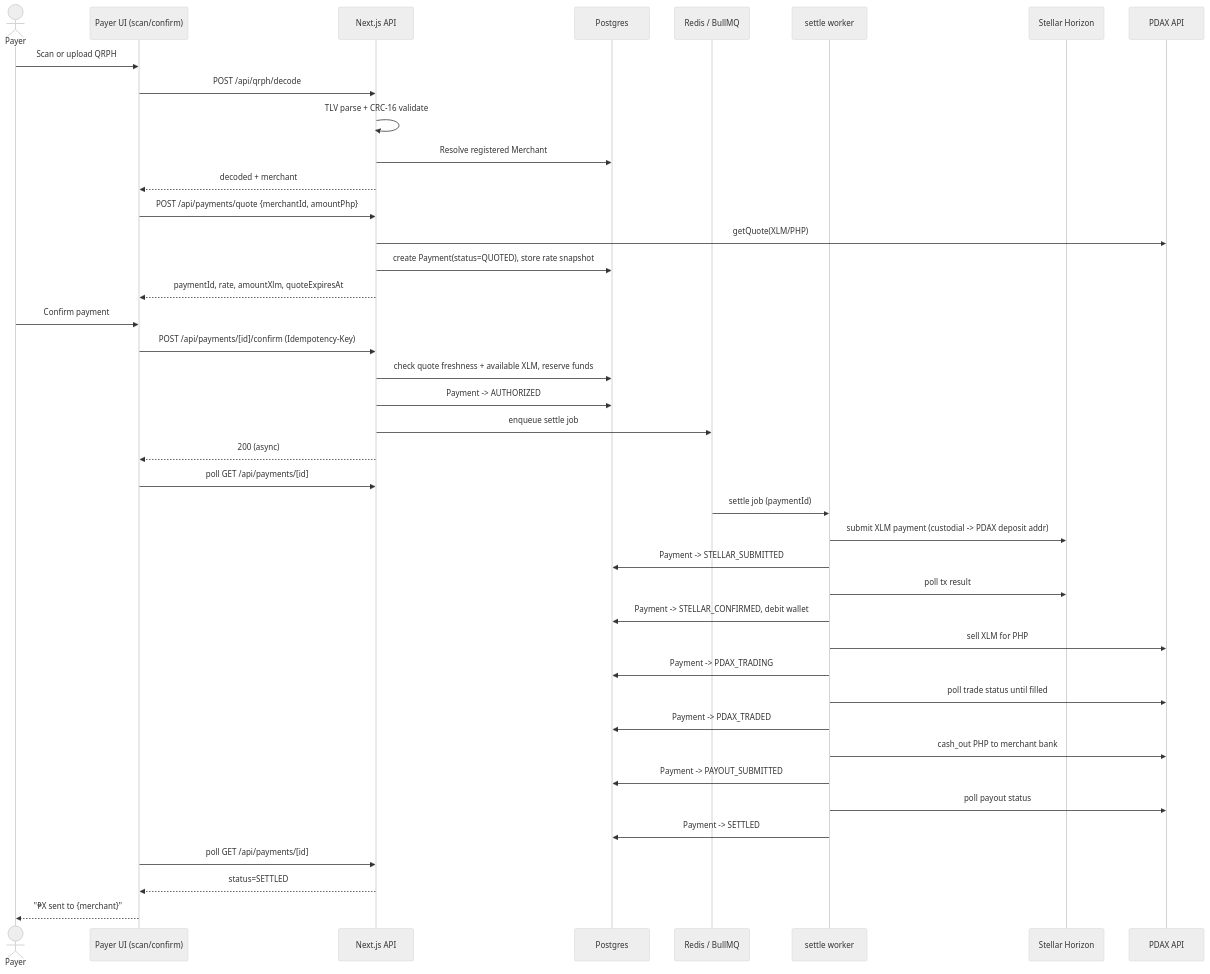
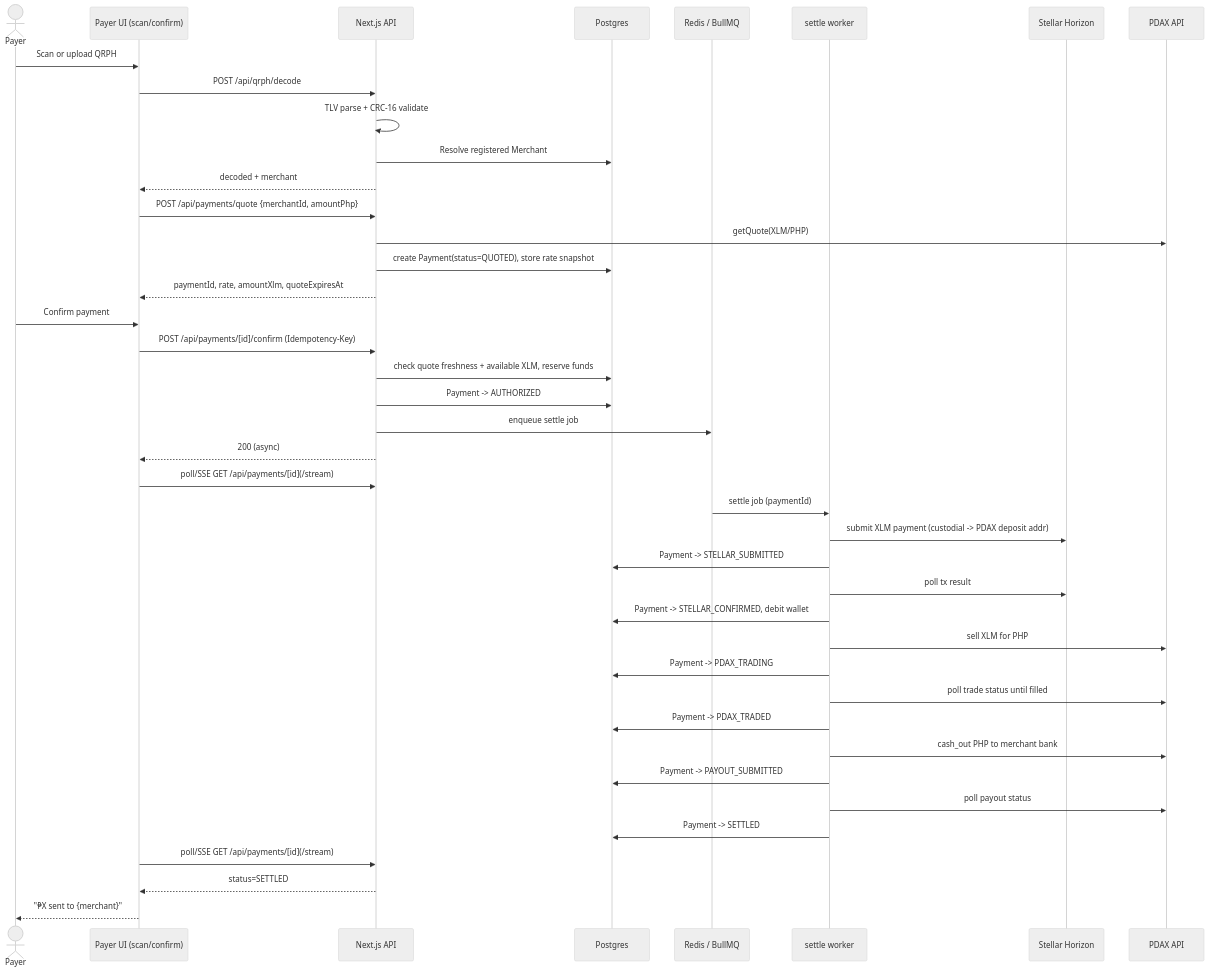
One commit to artisam-heypay/heypay changed the second of 5 diagrams in README.md. Above: the diagram before and after it, drawn with Mermaid (neutral theme). The commit also changed other lines of this file, not shown here.

````diff
--- a/README.md
+++ b/README.md
@@ -122,47 +129,47 @@
 ```mermaid
 sequenceDiagram
     actor Payer
     participant UI as Payer UI (scan/confirm)
     participant API as Next.js API
     participant DB as Postgres
     participant Queue as Redis / BullMQ
     participant Worker as settle worker
     participant Horizon as Stellar Horizon
     participant PDAX as PDAX API
 
     Payer->>UI: Scan or upload QRPH
     UI->>API: POST /api/qrph/decode
     API->>API: TLV parse + CRC-16 validate
     API->>DB: Resolve registered Merchant
     API-->>UI: decoded + merchant
 
     UI->>API: POST /api/payments/quote {merchantId, amountPhp}
     API->>PDAX: getQuote(XLM/PHP)
     API->>DB: create Payment(status=QUOTED), store rate snapshot
     API-->>UI: paymentId, rate, amountXlm, quoteExpiresAt
 
     Payer->>UI: Confirm payment
     UI->>API: POST /api/payments/[id]/confirm (Idempotency-Key)
     API->>DB: check quote freshness + available XLM, reserve funds
     API->>DB: Payment -> AUTHORIZED
     API->>Queue: enqueue settle job
     API-->>UI: 200 (async)
 
-    UI->>API: poll GET /api/payments/[id]
+    UI->>API: poll/SSE GET /api/payments/[id](/stream)
     Queue->>Worker: settle job (paymentId)
     Worker->>Horizon: submit XLM payment (custodial -> PDAX deposit addr)
     Worker->>DB: Payment -> STELLAR_SUBMITTED
     Worker->>Horizon: poll tx result
     Worker->>DB: Payment -> STELLAR_CONFIRMED, debit wallet
     Worker->>PDAX: sell XLM for PHP
     Worker->>DB: Payment -> PDAX_TRADING
     Worker->>PDAX: poll trade status until filled
     Worker->>DB: Payment -> PDAX_TRADED
     Worker->>PDAX: cash_out PHP to merchant bank
     Worker->>DB: Payment -> PAYOUT_SUBMITTED
     Worker->>PDAX: poll payout status
     Worker->>DB: Payment -> SETTLED
-    UI->>API: poll GET /api/payments/[id]
+    UI->>API: poll/SSE GET /api/payments/[id](/stream)
     API-->>UI: status=SETTLED
     UI-->>Payer: "₱X sent to {merchant}"
 ```
````
